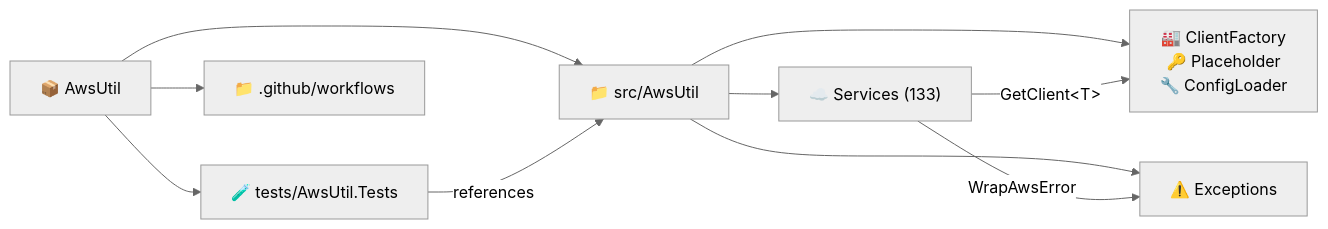
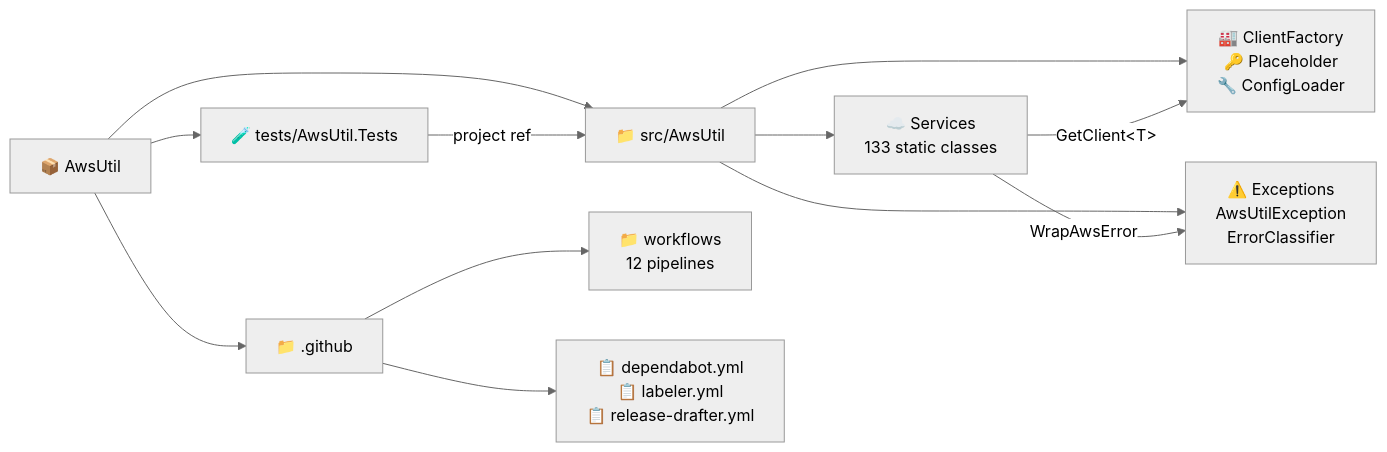
The third of 4 diagrams in README.md (Masrik-Dahir/aws-util-csharp), drawn with Mermaid (neutral theme) before and after one commit. The commit also changed other lines of this file and 4 other files, not shown here.

````diff
--- a/README.md
+++ b/README.md
@@ -163,14 +231,17 @@
 ```mermaid
 graph LR
     Root["📦 AwsUtil"] --> Src["📁 src/AwsUtil"]
     Root --> Tests["🧪 tests/AwsUtil.Tests"]
-    Root --> GH["📁 .github/workflows"]
+    Root --> GH["📁 .github"]
 
     Src --> Core["🏭 ClientFactory\n🔑 Placeholder\n🔧 ConfigLoader"]
-    Src --> Exceptions["⚠️ Exceptions"]
-    Src --> Services["☁️ Services (133)"]
+    Src --> Exceptions["⚠️ Exceptions\nAwsUtilException\nErrorClassifier"]
+    Src --> Services["☁️ Services\n133 static classes"]
+
+    GH --> Workflows["📁 workflows\n12 pipelines"]
+    GH --> Config["📋 dependabot.yml\n📋 labeler.yml\n📋 release-drafter.yml"]
 
     Services -->|"GetClient&lt;T&gt;"| Core
     Services -->|"WrapAwsError"| Exceptions
-    Tests -->|"references"| Src
+    Tests -->|"project ref"| Src
 ```
````
